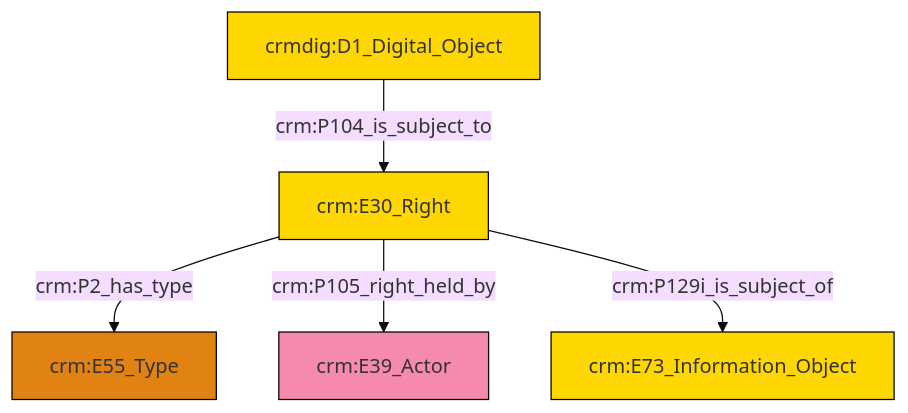
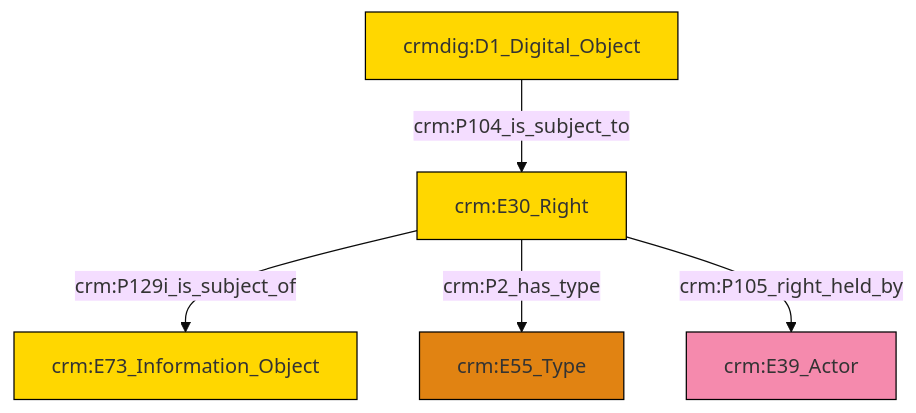
One commit to swiss-art-research-net/docs.swissartresearch changed the diagram in et/doCSV/ttl/mmd/do_rights.ttl.mmd. Above: the diagram before and after it, drawn with Mermaid (base theme). The commit also changed 181 other files, not shown here.

```diff
--- a/et/doCSV/ttl/mmd/do_rights.ttl.mmd
+++ b/et/doCSV/ttl/mmd/do_rights.ttl.mmd
@@ -1,19 +1,19 @@
 graph TD
 classDef Literal fill:#f2f2f2,stroke:#000000;
 classDef CRM_Entity fill:#FFFFFF,stroke:#000000;
 classDef Temporal_Entity fill:#00C9E6, stroke:#000000;
 classDef Type fill:#E18312, stroke:#000000;
 classDef Time-Span fill:#2C9C91, stroke:#000000;
 classDef Appellation fill:#FFEB7F, stroke:#000000;
 classDef Place fill:#008836, stroke:#000000;
 classDef Persistent_Item fill:#B266B2, stroke:#000000;
 classDef Conceptual_Object fill:#FFD700, stroke:#000000;
 classDef Physical_Thing fill:#D2B48C, stroke:#000000;
 classDef Actor fill:#f58aad, stroke:#000000;
 classDef PC_Classes fill:#4ce600, stroke:#000000;
 classDef Multi fill:#cccccc,stroke:#000000;
 
-0["crm:E30_Right"]:::Conceptual_Object -->|crm:P2_has_type| 2["crm:E55_Type"]:::Type
-0["crm:E30_Right"]:::Conceptual_Object -->|crm:P105_right_held_by| 4["crm:E39_Actor"]:::Actor
-0["crm:E30_Right"]:::Conceptual_Object -->|crm:P129i_is_subject_of| 6["crm:E73_Information_Object"]:::Conceptual_Object
-8["crmdig:D1_Digital_Object"]:::Conceptual_Object -->|crm:P104_is_subject_to| 0["crm:E30_Right"]:::Conceptual_Object
+4["crm:E30_Right"]:::Conceptual_Object -->|crm:P129i_is_subject_of| 6["crm:E73_Information_Object"]:::Conceptual_Object
+4["crm:E30_Right"]:::Conceptual_Object -->|crm:P2_has_type| 7["crm:E55_Type"]:::Type
+4["crm:E30_Right"]:::Conceptual_Object -->|crm:P105_right_held_by| 0["crm:E39_Actor"]:::Actor
+2["crmdig:D1_Digital_Object"]:::Conceptual_Object -->|crm:P104_is_subject_to| 4["crm:E30_Right"]:::Conceptual_Object
```
